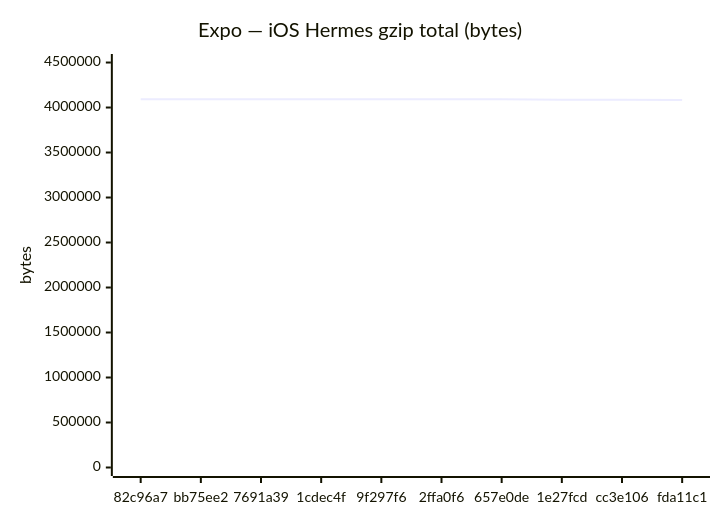
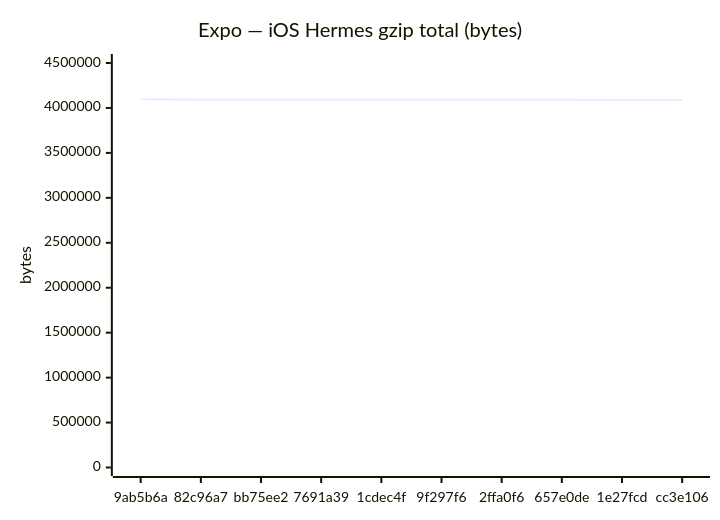
Before and after one commit to Metaheurist/Rianell: the sixth of 18 diagrams in benchmarks/compare.md, drawn with Mermaid. The commit also changed other lines of this file and 11 other files, not shown here.

````diff
--- a/benchmarks/compare.md
+++ b/benchmarks/compare.md
@@ -96,7 +96,7 @@
 ```mermaid
 xychart-beta
     title "Expo — iOS Hermes gzip total (bytes)"
-    x-axis ["82c96a7", "bb75ee2", "7691a39", "1cdec4f", "9f297f6", "2ffa0f6", "657e0de", "1e27fcd", "cc3e106", "fda11c1"]
-    y-axis "bytes" 0 --> 4500248
-    line [4091134, 4090855, 4091134, 4091052, 4091052, 4091051, 4090884, 4087417, 4087412, 4084812]
+    x-axis ["9ab5b6a", "82c96a7", "bb75ee2", "7691a39", "1cdec4f", "9f297f6", "2ffa0f6", "657e0de", "1e27fcd", "cc3e106"]
+    y-axis "bytes" 0 --> 4505653
+    line [4096048, 4091134, 4090855, 4091134, 4091052, 4091052, 4091051, 4090884, 4087417, 4087412]
 ```
````
